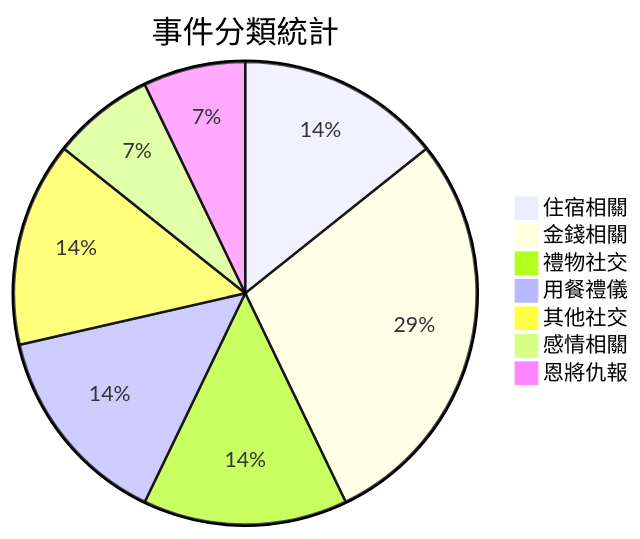
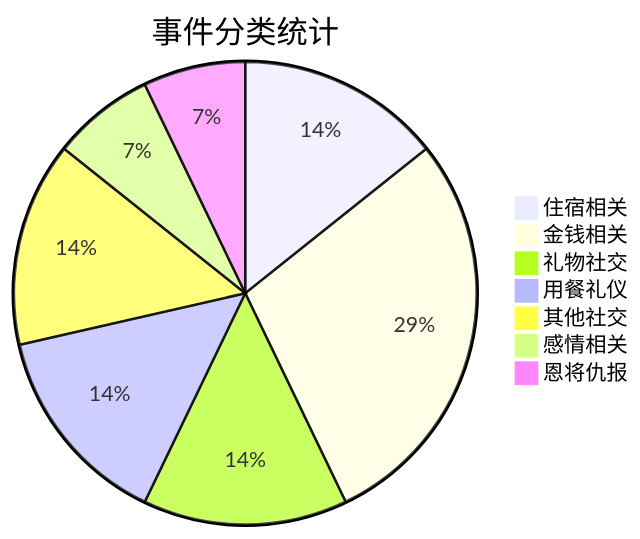
Before and after one commit to Zakkaus/nolebase: the first of 2 diagrams in zh-CN/笔记/📦 收集箱/陳俊霖 JIM CHEN.md, drawn with Mermaid. The commit also changed other lines of this file and 3 other files, not shown here.

````diff
--- a/zh-CN/笔记/📦 收集箱/陳俊霖 JIM CHEN.md
+++ b/zh-CN/笔记/📦 收集箱/陳俊霖 JIM CHEN.md
@@ -281,10 +272,10 @@
 ```mermaid
-pie title 事件分類統計
-    "住宿相關" : 2
-    "金錢相關" : 4
-    "禮物社交" : 2
-    "用餐禮儀" : 2
+pie title 事件分类统计
+    "住宿相关" : 2
+    "金钱相关" : 4
+    "礼物社交" : 2
+    "用餐礼仪" : 2
     "其他社交" : 2
-    "感情相關" : 1
-    "恩將仇報" : 1
+    "感情相关" : 1
+    "恩将仇报" : 1
 ```
````
